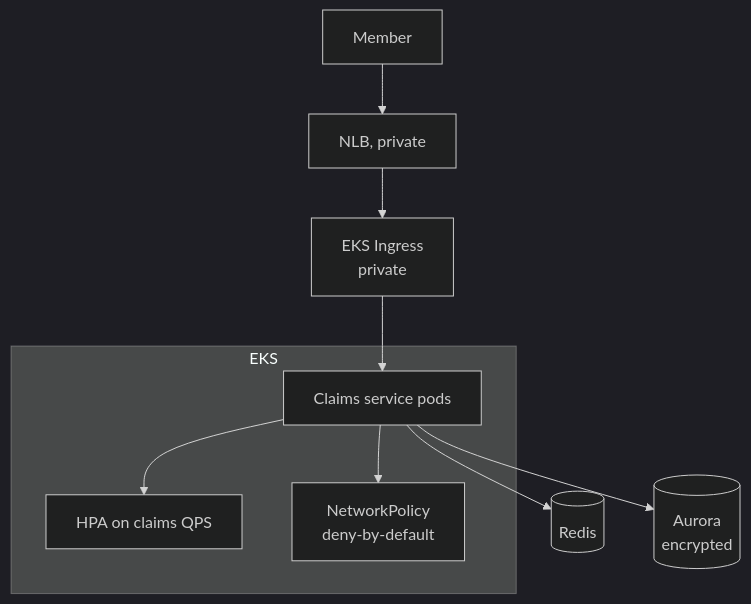
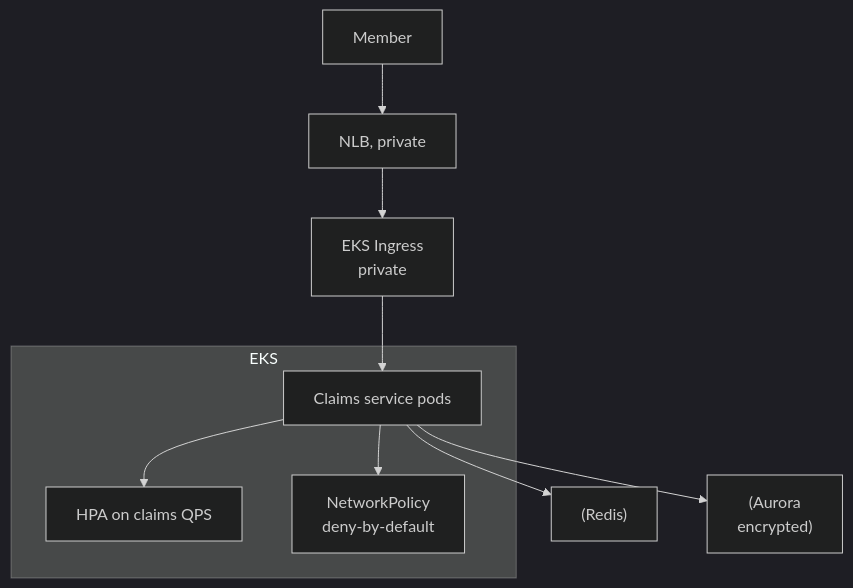
The diagram in 17-company-cases/cvs-health.md (WhoisMonesh/K8S-Everything), drawn with Mermaid (dark theme) before and after one commit. The commit also changed 62 other files, not shown here.

First line of the commit message:
Fix all Mermaid diagrams for GitHub compatibility

````diff
--- a/17-company-cases/cvs-health.md
+++ b/17-company-cases/cvs-health.md
@@ -24,14 +24,14 @@
 ```mermaid
 graph TD
     Member --> LB[NLB, private]
     LB --> Ingress[EKS Ingress<br/>private]
     Ingress --> Claims[Claims service pods]
-    Claims --> Cache[(Redis)]
-    Claims --> DB[(Aurora<br/>encrypted)]
-    subgraph EKS
+    Claims --> Cache["(Redis)"]
+    Claims --> DB["(Aurora<br/>encrypted)"]
+    subgraph "EKS"
         HPA[HPA on claims QPS]
         Claims --> HPA
         NET[NetworkPolicy<br/>deny-by-default]
         Claims --> NET
     end
 ```
````
